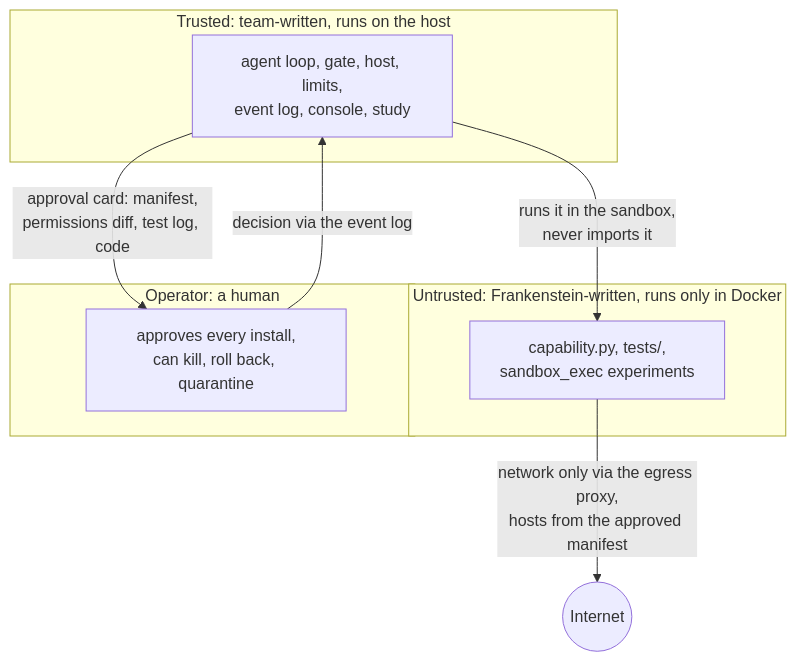
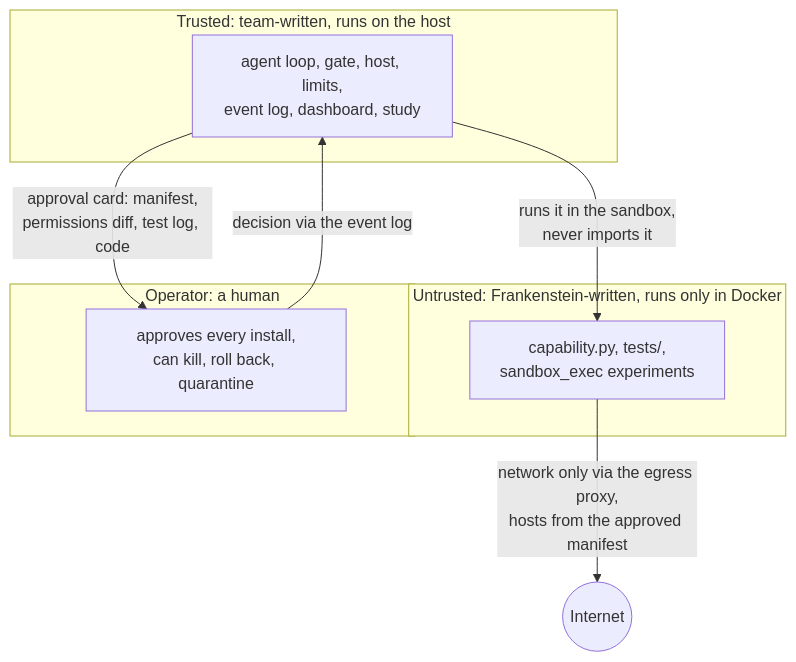
The second of 4 diagrams in docs/ARCHITECTURE.md (mikeholiday-dev/vwd_frankenstein), drawn with Mermaid before and after one commit. The commit also changed other lines of this file and 21 other files, not shown here.

First line of the commit message:
Merge the operator console into the dashboard and drop ui/

````diff
--- a/docs/ARCHITECTURE.md
+++ b/docs/ARCHITECTURE.md
@@ -86,16 +86,16 @@
 ```mermaid
 flowchart TB
     subgraph T1["Trusted: team-written, runs on the host"]
-        A["agent loop, gate, host, limits,<br/>event log, console, study"]
+        A["agent loop, gate, host, limits,<br/>event log, dashboard, study"]
     end
     subgraph T2["Untrusted: Frankenstein-written, runs only in Docker"]
         B["capability.py, tests/,<br/>sandbox_exec experiments"]
     end
     subgraph T3["Operator: a human"]
         C["approves every install,<br/>can kill, roll back, quarantine"]
     end
     A -- "runs it in the sandbox,<br/>never imports it" --> B
     B -- "network only via the egress proxy,<br/>hosts from the approved manifest" --> N(("Internet"))
     A -- "approval card: manifest,<br/>permissions diff, test log, code" --> C
     C -- "decision via the event log" --> A
 ```
````
